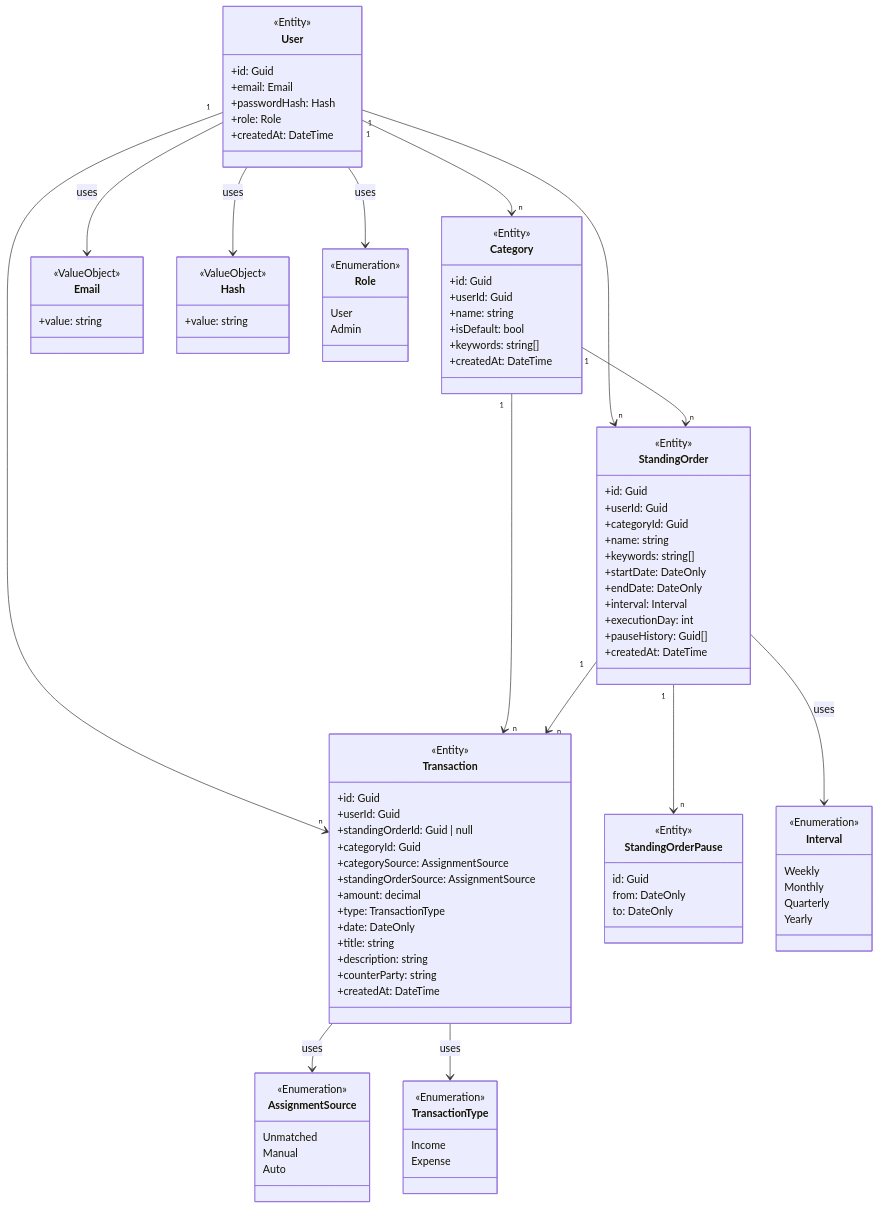
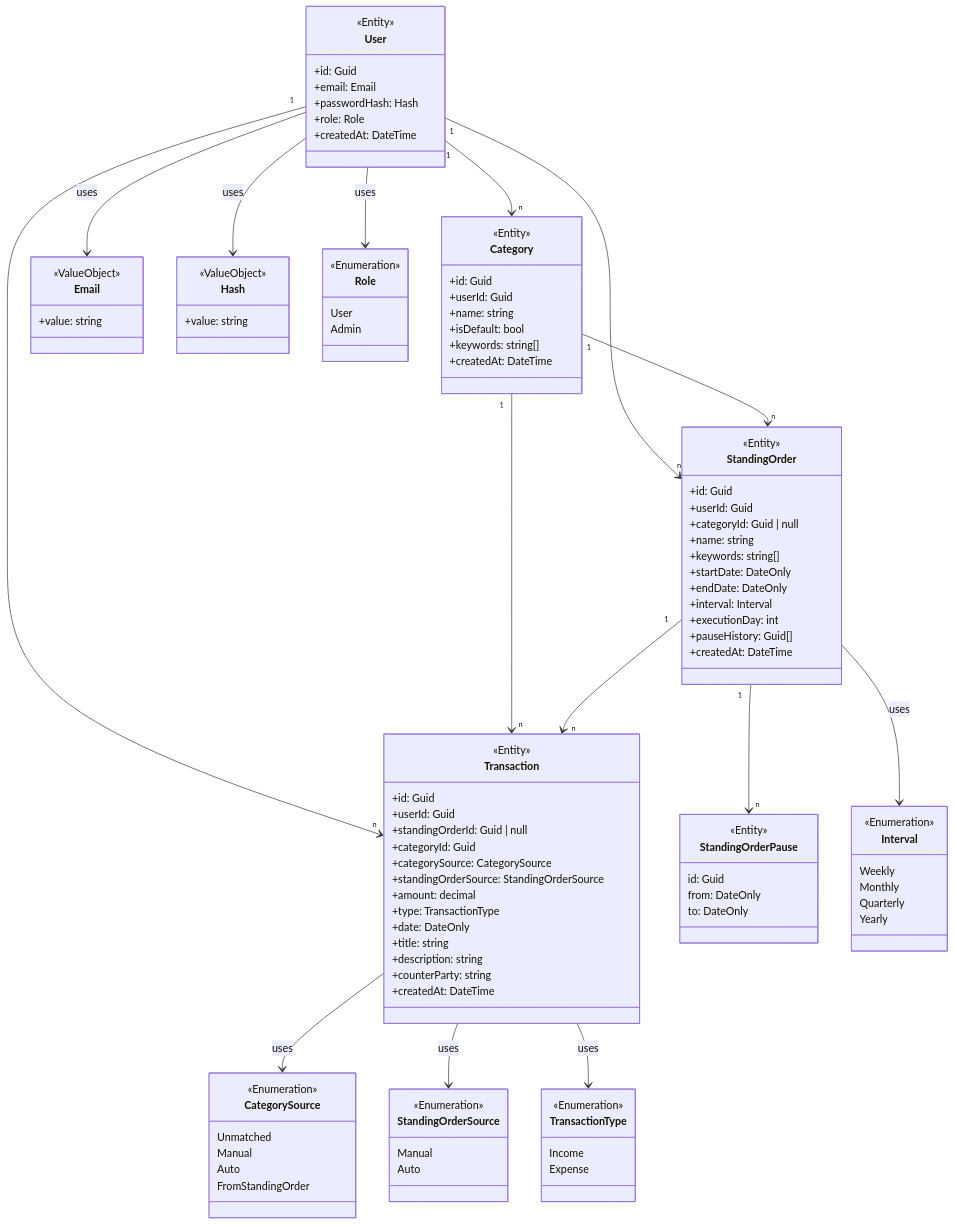
Before and after one commit to MoritzLue24/Broke-Manager: the diagram in docs/backend/Layers/Domain.md, drawn with Mermaid. The commit also changed 20 other files, not shown here.

````diff
--- a/docs/backend/Layers/Domain.md
+++ b/docs/backend/Layers/Domain.md
@@ -78,8 +78,8 @@
         +userId: Guid
         +standingOrderId: Guid | null
         +categoryId: Guid
-        +categorySource: AssignmentSource
-        +standingOrderSource: AssignmentSource
+        +categorySource: CategorySource
+        +standingOrderSource: StandingOrderSource
         +amount: decimal
         +type: TransactionType
         +date: DateOnly
@@ -103,7 +103,7 @@
 	    <<Entity>>
 	    +id: Guid
 	    +userId: Guid
-	    +categoryId: Guid
+	    +categoryId: Guid | null
 	    +name: string
 	    +keywords: string[]
 	    +startDate: DateOnly
@@ -139,9 +139,16 @@
         Admin
     }
 
-    class AssignmentSource {
+	class CategorySource {
+		<<Enumeration>>
+		Unmatched
+		Manual
+		Auto
+		FromStandingOrder
+	}
+	
+    class StandingOrderSource {
         <<Enumeration>>
-        Unmatched
         Manual
         Auto
     }
@@ -177,6 +184,7 @@
     StandingOrder --> Interval : uses
     StandingOrder "1" --> "n" StandingOrderPause
     
-    Transaction --> AssignmentSource : uses
+    Transaction --> CategorySource : uses
+    Transaction --> StandingOrderSource : uses
     Transaction --> TransactionType : uses
 ```
````
